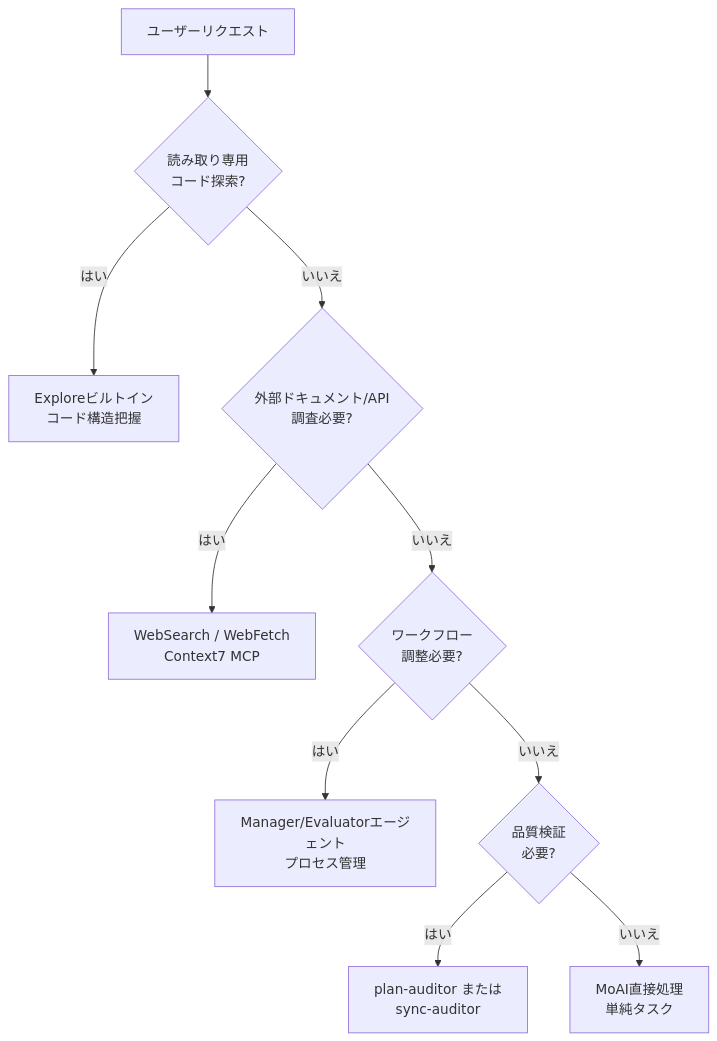
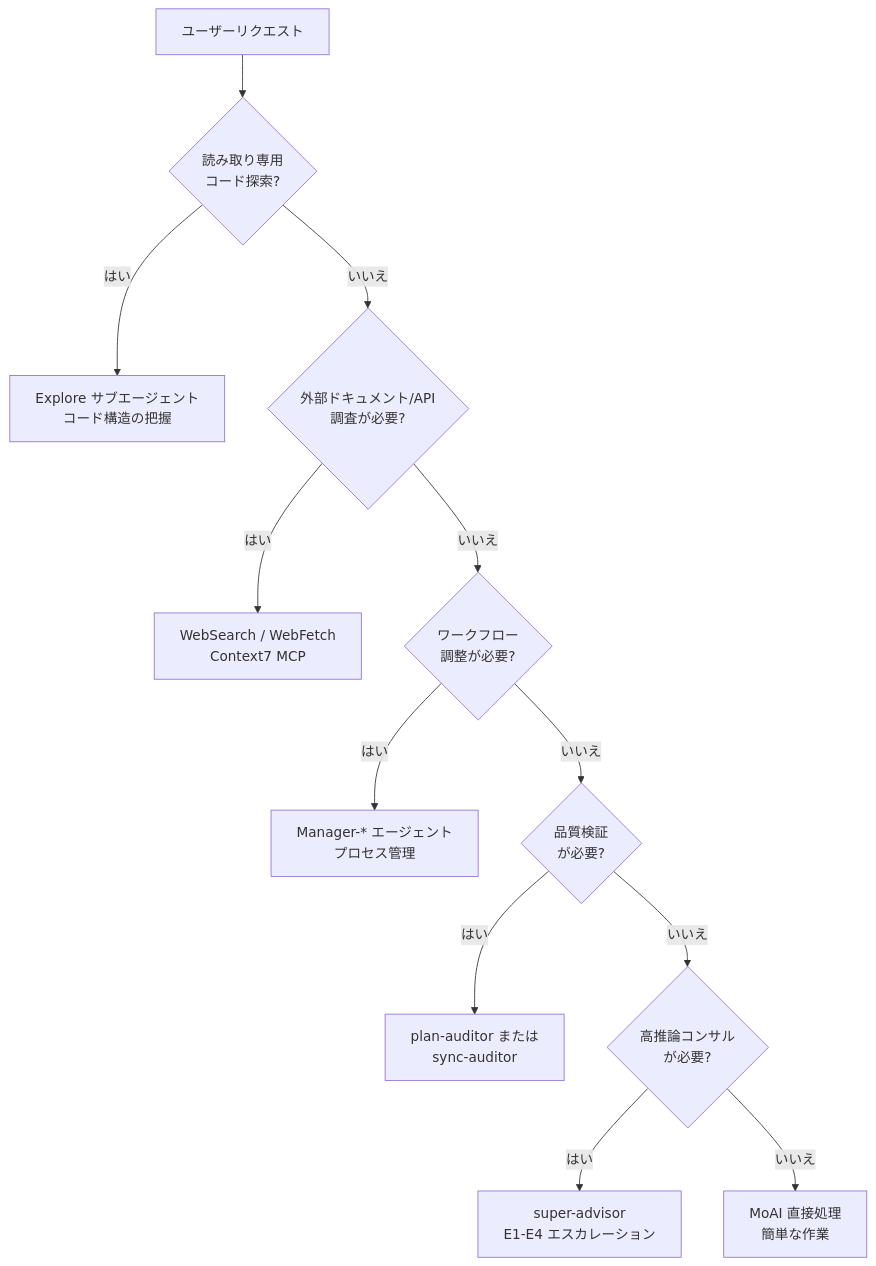
One commit to modu-ai/moai-adk changed the diagram in docs-site/content/ja/advanced/agent-guide.md. Above: the diagram before and after it, drawn with Mermaid. The commit also changed other lines of this file and 395 other files, not shown here.

````diff
--- a/docs-site/content/ja/advanced/agent-guide.md
+++ b/docs-site/content/ja/advanced/agent-guide.md
@@ -78,16 +89,19 @@
 ```mermaid
 flowchart TD
     START[ユーザーリクエスト] --> Q1{読み取り専用<br>コード探索?}
 
-    Q1 -->|はい| EXPLORE["Exploreビルトイン<br>コード構造把握"]
-    Q1 -->|いいえ| Q2{外部ドキュメント/API<br>調査必要?}
+    Q1 -->|はい| EXPLORE["Explore サブエージェント<br>コード構造の把握"]
+    Q1 -->|いいえ| Q2{外部ドキュメント/API<br>調査が必要?}
 
     Q2 -->|はい| WEB["WebSearch / WebFetch<br>Context7 MCP"]
-    Q2 -->|いいえ| Q3{ワークフロー<br>調整必要?}
+    Q2 -->|いいえ| Q3{ワークフロー<br>調整が必要?}
 
-    Q3 -->|はい| MANAGER["Manager/Evaluatorエージェント<br>プロセス管理"]
-    Q3 -->|いいえ| Q4{品質検証<br>必要?}
+    Q3 -->|はい| MANAGER["Manager-* エージェント<br>プロセス管理"]
+    Q3 -->|いいえ| Q4{品質検証<br>が必要?}
 
     Q4 -->|はい| EVAL["plan-auditor または<br>sync-auditor"]
-    Q4 -->|いいえ| DIRECT["MoAI直接処理<br>単純タスク"]
+    Q4 -->|いいえ| Q5{高推論コンサル<br>が必要?}
+
+    Q5 -->|はい| ADVISOR["super-advisor<br>E1-E4 エスカレーション"]
+    Q5 -->|いいえ| DIRECT["MoAI 直接処理<br>簡単な作業"]
 ```
````
